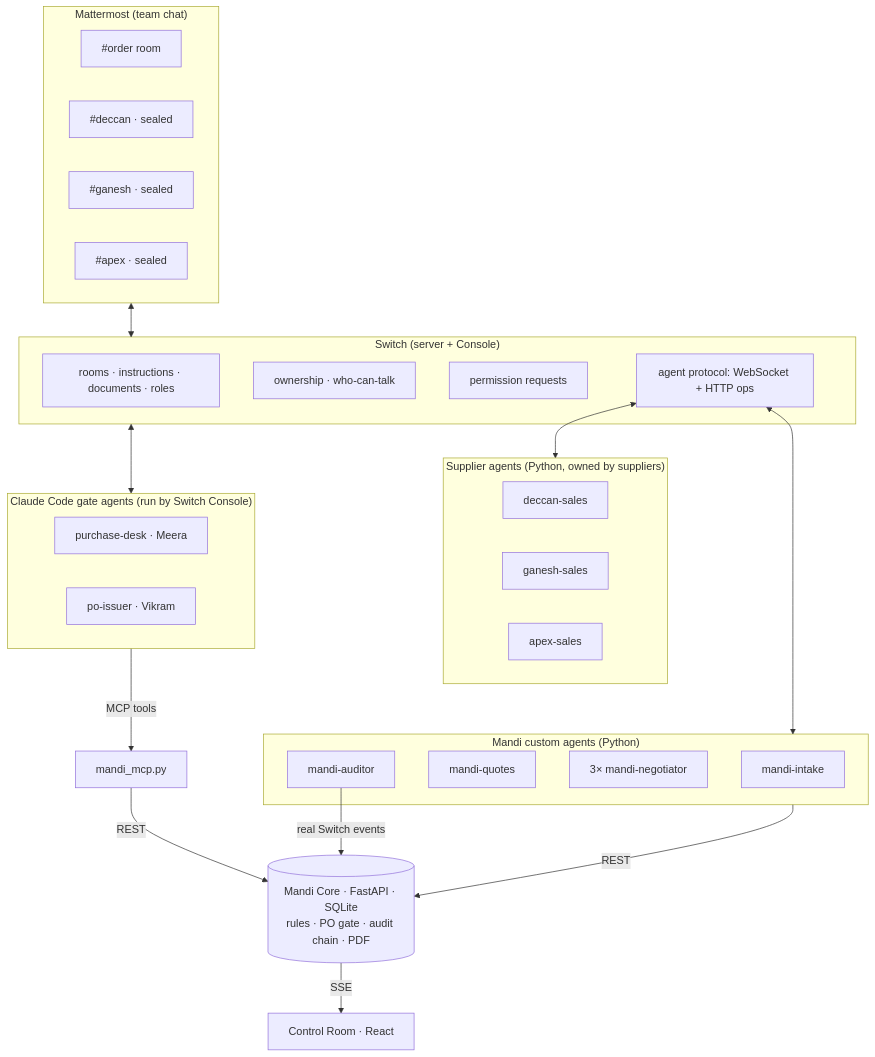
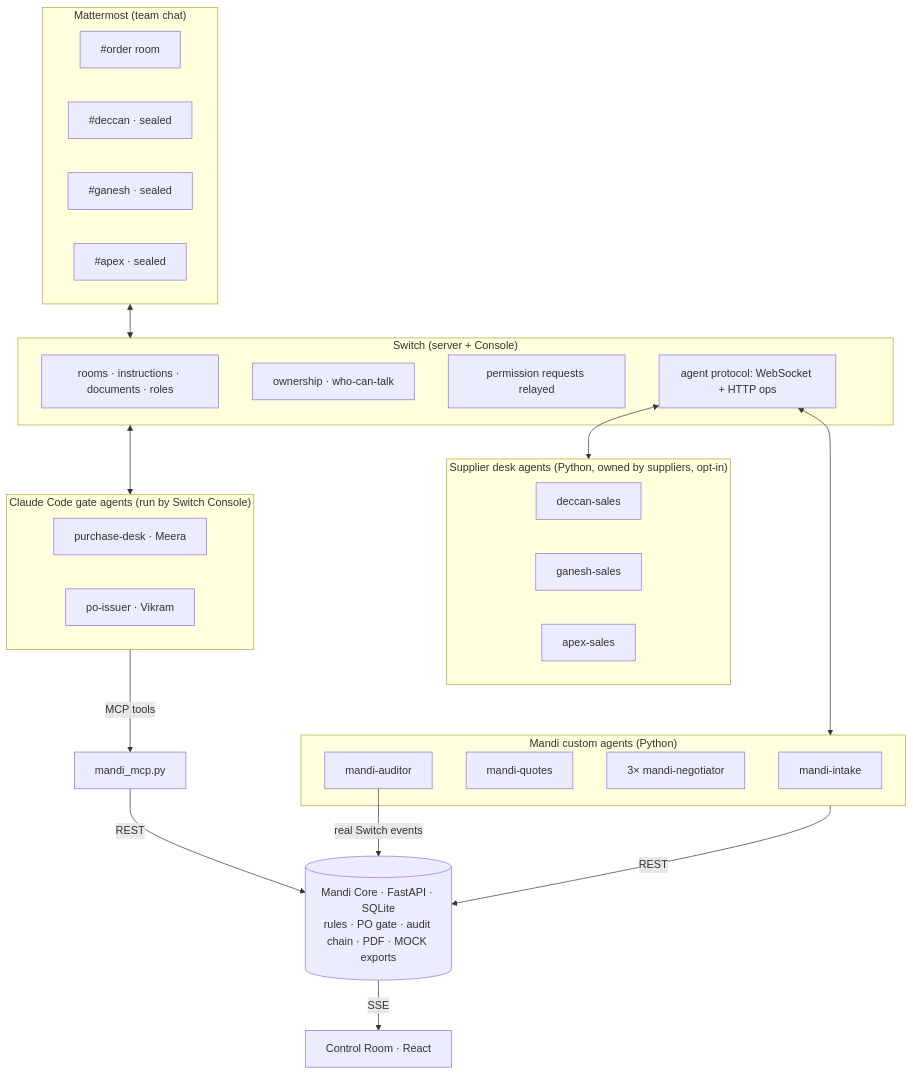
One commit to NamanChordia07/mandi-switch changed the second of 2 diagrams in README.md. Above: the diagram before and after it, drawn with Mermaid. The commit also changed other lines of this file and 1 other file, not shown here.

````diff
--- a/README.md
+++ b/README.md
@@ -98,25 +160,25 @@
 ```mermaid
 flowchart TB
   subgraph Chat["Mattermost (team chat)"]
     OR["#order room"]; D["#deccan · sealed"]; G["#ganesh · sealed"]; AX["#apex · sealed"]
   end
   subgraph SW["Switch (server + Console)"]
-    RM[rooms · instructions · documents · roles]; AD[ownership · who-can-talk]; PR[permission requests]; PROTO[agent protocol: WebSocket + HTTP ops]
+    RM[rooms · instructions · documents · roles]; AD[ownership · who-can-talk]; PR[permission requests relayed]; PROTO[agent protocol: WebSocket + HTTP ops]
   end
   Chat <--> SW
   subgraph Custom["Mandi custom agents (Python)"]
     I[mandi-intake]; Q[mandi-quotes]; N[3× mandi-negotiator]; AU[mandi-auditor]
   end
-  subgraph Vendors["Supplier agents (Python, owned by suppliers)"]
+  subgraph Vendors["Supplier desk agents (Python, owned by suppliers, opt-in)"]
     DS[deccan-sales]; GS[ganesh-sales]; AS[apex-sales]
   end
   subgraph Gates["Claude Code gate agents (run by Switch Console)"]
     PD[purchase-desk · Meera]; PI[po-issuer · Vikram]
   end
   PROTO <--> Custom & Vendors
   SW <--> Gates
   Custom -- REST --> CORE
   Gates -- MCP tools --> MCP[mandi_mcp.py] -- REST --> CORE
-  CORE[(Mandi Core · FastAPI · SQLite<br/>rules · PO gate · audit chain · PDF)] -- SSE --> UI[Control Room · React]
+  CORE[(Mandi Core · FastAPI · SQLite<br/>rules · PO gate · audit chain · PDF · MOCK exports)] -- SSE --> UI[Control Room · React]
   AU -- real Switch events --> CORE
 ```
````
